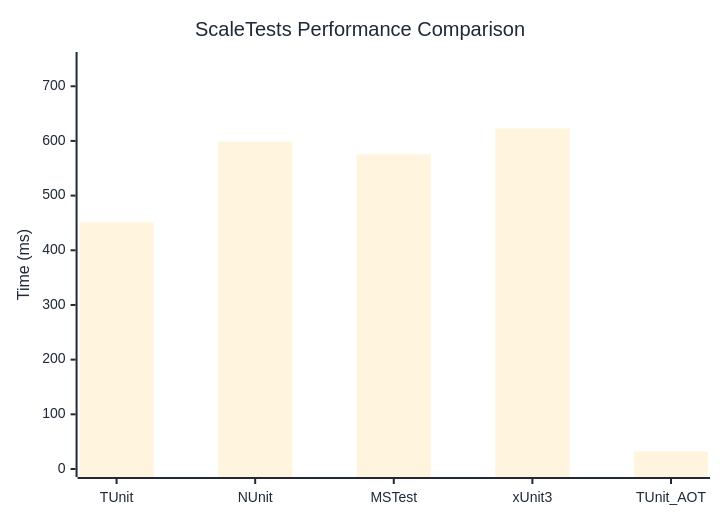
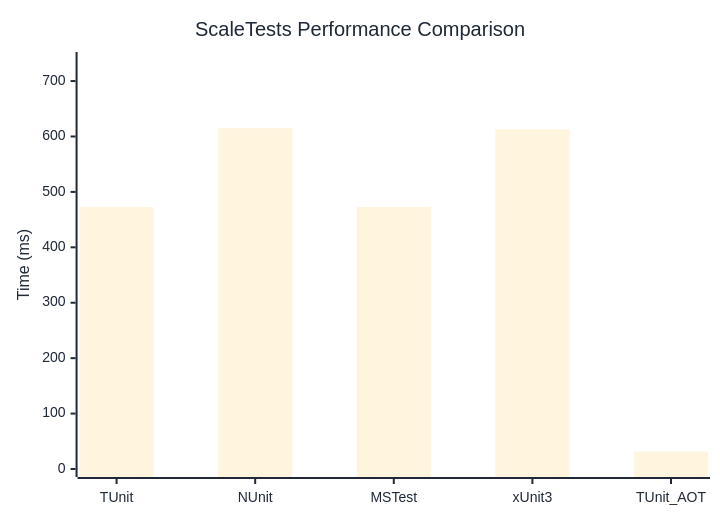
One commit to thomhurst/TUnit changed the diagram in docs/docs/benchmarks/ScaleTests.md. Above: the diagram before and after it, drawn with Mermaid. The commit also changed other lines of this file and 16 other files, not shown here.

````diff
--- a/docs/docs/benchmarks/ScaleTests.md
+++ b/docs/docs/benchmarks/ScaleTests.md
@@ -27,37 +27,37 @@
 ```mermaid
 %%{init: {
   'theme':'base',
   'themeVariables': {
     'primaryColor': '#2563eb',
     'primaryTextColor': '#1f2937',
     'primaryBorderColor': '#1e40af',
     'lineColor': '#6b7280',
     'secondaryColor': '#7c3aed',
     'tertiaryColor': '#dc2626',
     'background': '#ffffff',
     'mainBkg': '#2563eb',
     'secondBkg': '#7c3aed',
     'tertiaryBkg': '#dc2626',
     'clusterBkg': '#f3f4f6',
     'edgeLabelBackground': '#ffffff',
     'tertiaryTextColor': '#1f2937',
     'pie1': '#2563eb',
     'pie2': '#7c3aed',
     'pie3': '#dc2626',
     'pie4': '#f59e0b',
     'pie5': '#10b981',
     'pie6': '#06b6d4',
     'pie7': '#ec4899',
     'pie8': '#6366f1',
     'pie9': '#84cc16',
     'pie10': '#f97316',
     'pie11': '#14b8a6',
     'pie12': '#a855f7'
   }
 }}%%
 xychart-beta
   title "ScaleTests Performance Comparison"
   x-axis ["TUnit", "NUnit", "MSTest", "xUnit3", "TUnit_AOT"]
-  y-axis "Time (ms)" 0 --> 748
-  bar [451.05, 598.74, 575.59, 622.8, 32.02]
+  y-axis "Time (ms)" 0 --> 738
+  bar [472.36, 614.96, 472.62, 613.01, 31.5]
 ```
````
